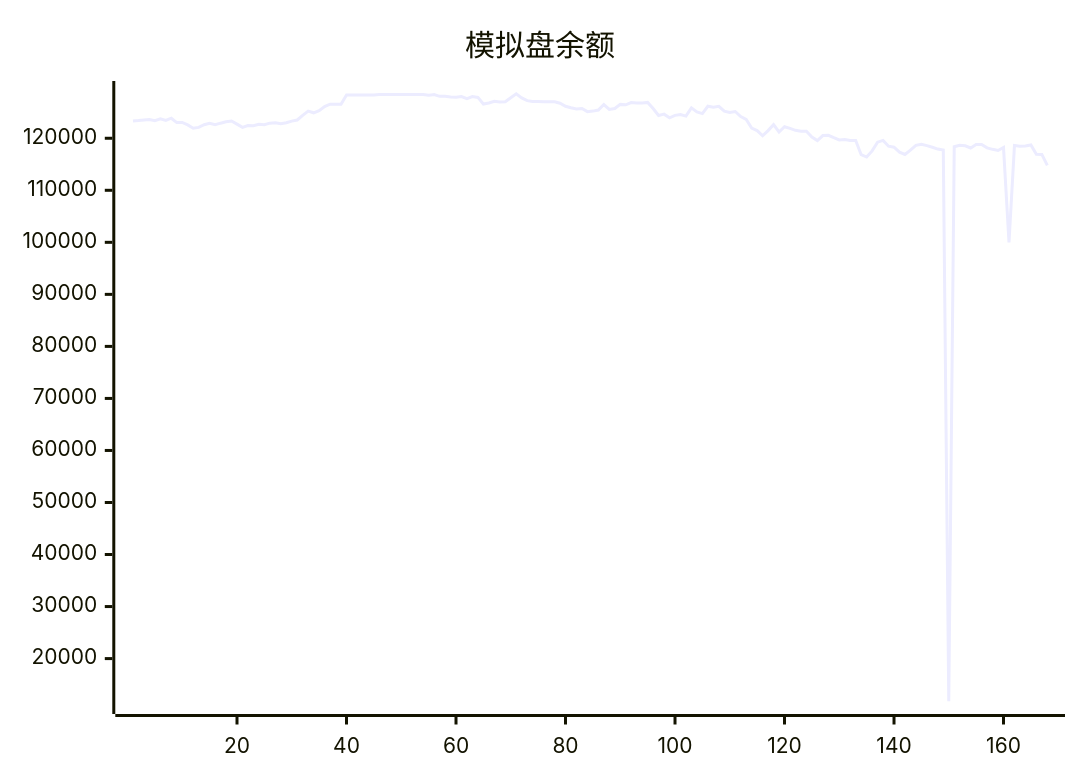
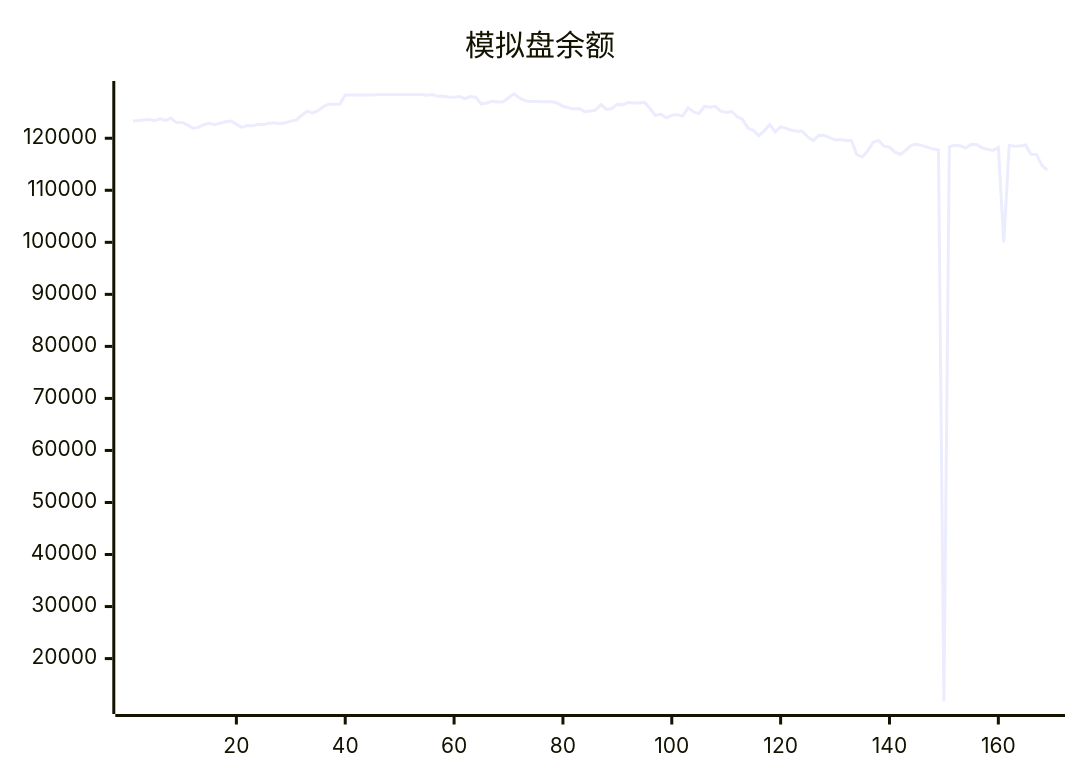
Before and after one commit to aahl/ai-trading: the diagram in README.md, drawn with Mermaid. The commit also changed other lines of this file and 1 other file, not shown here.

````diff
--- a/README.md
+++ b/README.md
@@ -5,5 +5,5 @@
 ```mermaid
 xychart
     title "模拟盘余额"
-    line [123338,123402,123530,123592,123378,123745,123413,123853,123009,123040,122557,121938,122095,122599,122856,122597,122898,123160,123319,122719,122087,122454,122416,122685,122592,122907,122961,122776,122981,123295,123507,124403,125224,124894,125303,126088,126544,126534,126549,128335,128318,128318,128318,128318,128318,128424,128424,128424,128424,128424,128424,128424,128424,128424,128247,128412,128062,128087,127917,127901,128026,127611,128000,127850,126572,126770,127100,126971,127029,127783,128554,127765,127224,127064,127044,127009,127025,127004,126738,126152,125871,125635,125707,125117,125217,125420,126480,125545,125715,126511,126424,126856,126764,126788,126890,125710,124381,124632,123936,124402,124574,124256,125833,125070,124739,126154,125966,126145,125213,124943,125143,124157,123604,121959,121476,120476,121470,122610,121201,122221,121889,121522,121332,121344,120232,119559,120513,120577,120108,119680,119777,119572,119568,116839,116392,117573,119250,119585,118469,118277,117338,116897,117706,118628,118849,118579,118280,117926,117735,11802,118373,118639,118544,118136,118798,118819,118162,117874,117649,118215,100000,118601,118463,118517,118713,116911,116899,114798]
+    line [123338,123402,123530,123592,123378,123745,123413,123853,123009,123040,122557,121938,122095,122599,122856,122597,122898,123160,123319,122719,122087,122454,122416,122685,122592,122907,122961,122776,122981,123295,123507,124403,125224,124894,125303,126088,126544,126534,126549,128335,128318,128318,128318,128318,128318,128424,128424,128424,128424,128424,128424,128424,128424,128424,128247,128412,128062,128087,127917,127901,128026,127611,128000,127850,126572,126770,127100,126971,127029,127783,128554,127765,127224,127064,127044,127009,127025,127004,126738,126152,125871,125635,125707,125117,125217,125420,126480,125545,125715,126511,126424,126856,126764,126788,126890,125710,124381,124632,123936,124402,124574,124256,125833,125070,124739,126154,125966,126145,125213,124943,125143,124157,123604,121959,121476,120476,121470,122610,121201,122221,121889,121522,121332,121344,120232,119559,120513,120577,120108,119680,119777,119572,119568,116839,116392,117573,119250,119585,118469,118277,117338,116897,117706,118628,118849,118579,118280,117926,117735,11802,118373,118639,118544,118136,118798,118819,118162,117874,117649,118215,100000,118601,118463,118517,118713,116911,116899,114798,113887]
 ```
````
